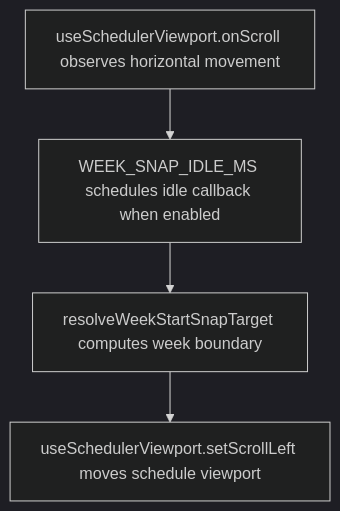
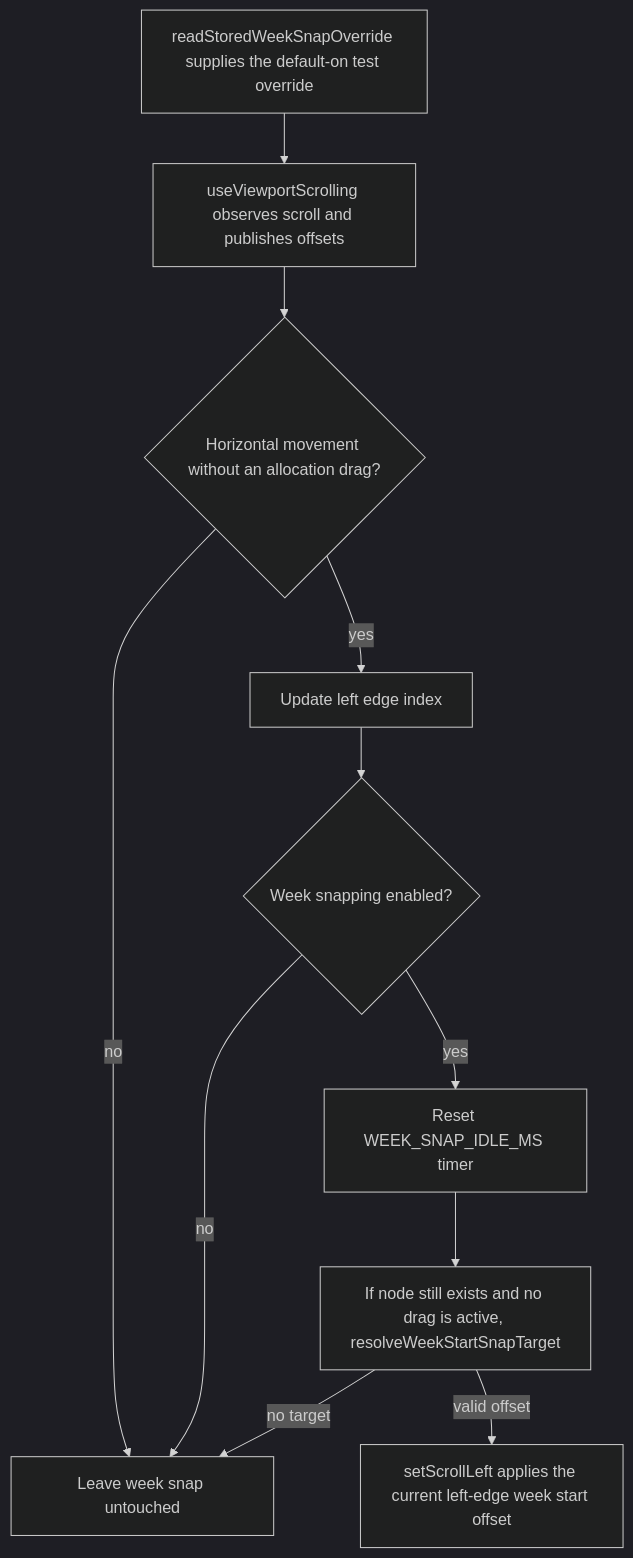
The second of 2 diagrams in user-stories/settings/US-SET-09-snap-to-week-start.md (Kevinjohn/capacitylens), drawn with Mermaid (dark theme) before and after one commit. The commit also changed other lines of this file and 172 other files, not shown here.

Commit message:
docs: reconcile user story code flows with source

````diff
--- a/user-stories/settings/US-SET-09-snap-to-week-start.md
+++ b/user-stories/settings/US-SET-09-snap-to-week-start.md
@@ -26,6 +28,13 @@
 ```mermaid
 flowchart TD
-  scroll["useSchedulerViewport.onScroll observes horizontal movement"] --> timer["WEEK_SNAP_IDLE_MS schedules idle callback when enabled"]
-  timer --> target["resolveWeekStartSnapTarget computes week boundary"]
-  target --> viewport["useSchedulerViewport.setScrollLeft moves schedule viewport"]
+  pref["readStoredWeekSnapOverride supplies the default-on test override"] --> scroll["useViewportScrolling observes scroll and publishes offsets"]
+  scroll --> changed{"Horizontal movement without an allocation drag?"}
+  changed -->|no| leave["Leave week snap untouched"]
+  changed -->|yes| edge["Update left edge index"]
+  edge --> enabled{"Week snapping enabled?"}
+  enabled -->|no| leave
+  enabled -->|yes| idle["Reset WEEK_SNAP_IDLE_MS timer"]
+  idle --> target["If node still exists and no drag is active, resolveWeekStartSnapTarget"]
+  target -->|valid offset| move["setScrollLeft applies the current left-edge week start offset"]
+  target -->|no target| leave
 ```
````
